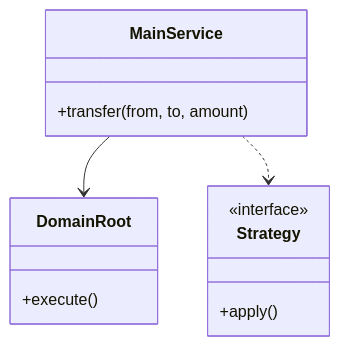
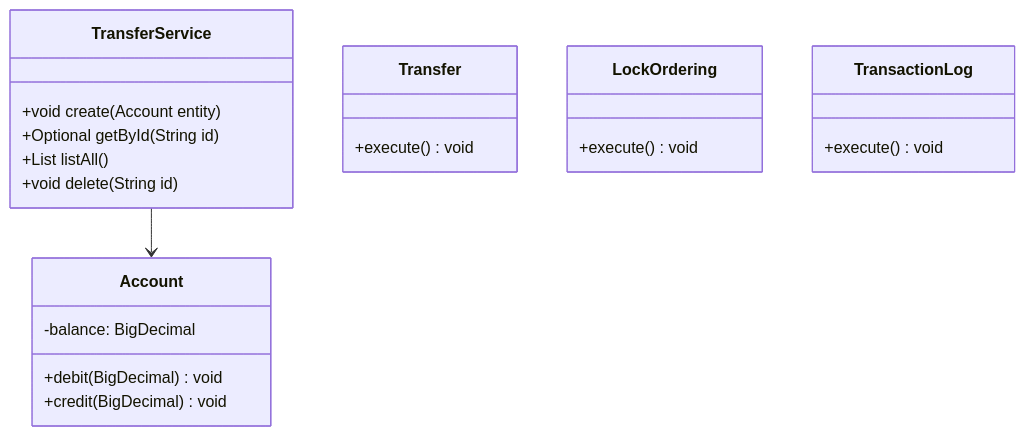
The first of 3 diagrams in Learn/System Design - Low Level Design/04-concurrency-lld/questions/Q14-bank-transfer-deadlock.md (madhupaila/Interview-Prep-SSE), drawn with Mermaid before and after one commit. The commit also changed other lines of this file and 491 other files, not shown here.

````diff
--- a/Learn/System Design - Low Level Design/04-concurrency-lld/questions/Q14-bank-transfer-deadlock.md
+++ b/Learn/System Design - Low Level Design/04-concurrency-lld/questions/Q14-bank-transfer-deadlock.md
@@ -73,15 +92,24 @@
 ```mermaid
 classDiagram
-    class MainService {
-        +transfer(from, to, amount)
+    class TransferService {
+        +void create(Account entity)
+        +Optional<Account> getById(String id)
+        +List<Account> listAll()
+        +void delete(String id)
     }
-    class DomainRoot {
-        +execute()
+    class Account {
+        -balance: BigDecimal
+        +debit(BigDecimal) void
+        +credit(BigDecimal) void
     }
-    class Strategy {
-        <<interface>>
-        +apply()
+    class Transfer {
+        +execute() void
     }
-    MainService --> DomainRoot
-    MainService ..> Strategy
+    class LockOrdering {
+        +execute() void
+    }
+    class TransactionLog {
+        +execute() void
+    }
+    TransferService --> Account
 ```
````
